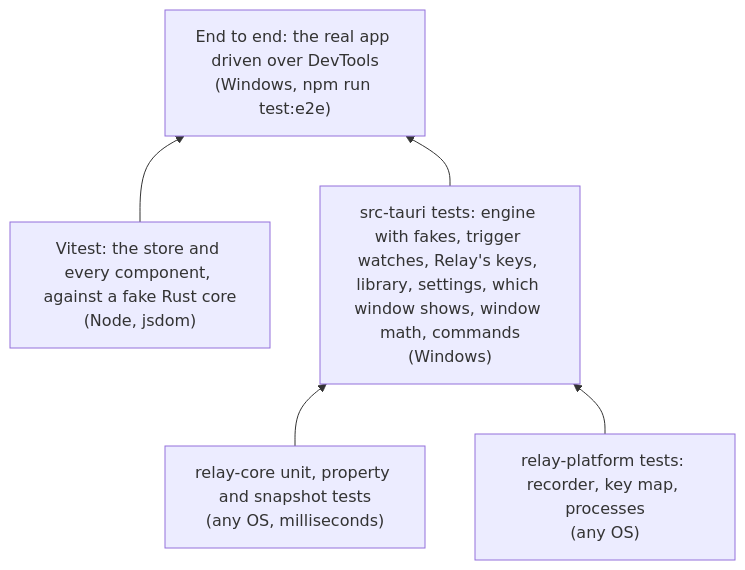
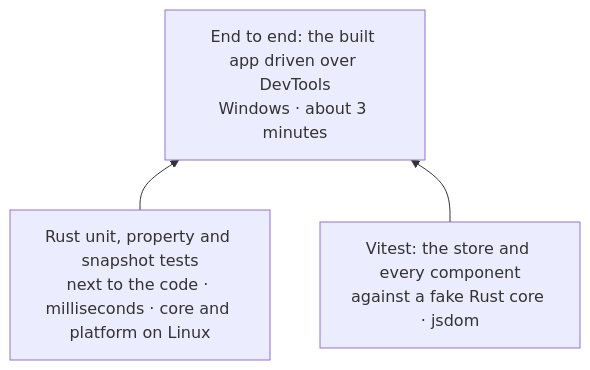
One commit to HappyRave/Relay changed the diagram in docs/engineering/testing.md. Above: the diagram before and after it, drawn with Mermaid. The commit also changed other lines of this file and 2 other files, not shown here.

````diff
--- a/docs/engineering/testing.md
+++ b/docs/engineering/testing.md
@@ -5,12 +13,8 @@
 ```mermaid
 flowchart BT
-    U["relay-core unit, property and snapshot tests<br/>(any OS, milliseconds)"]
-    P["relay-platform tests: recorder, key map, processes<br/>(any OS)"]
-    A["src-tauri tests: engine with fakes, trigger watches, Relay's keys, library, settings, which window shows, window math, commands<br/>(Windows)"]
-    F["Vitest: the store and every component, against a fake Rust core<br/>(Node, jsdom)"]
-    E["End to end: the real app driven over DevTools<br/>(Windows, npm run test:e2e)"]
-    U --> A
-    P --> A
+    R["Rust unit, property and snapshot tests<br/>next to the code · milliseconds · core and platform on Linux"]
+    F["Vitest: the store and every component<br/>against a fake Rust core · jsdom"]
+    E["End to end: the built app driven over DevTools<br/>Windows · about 3 minutes"]
+    R --> E
     F --> E
-    A --> E
 ```
````
